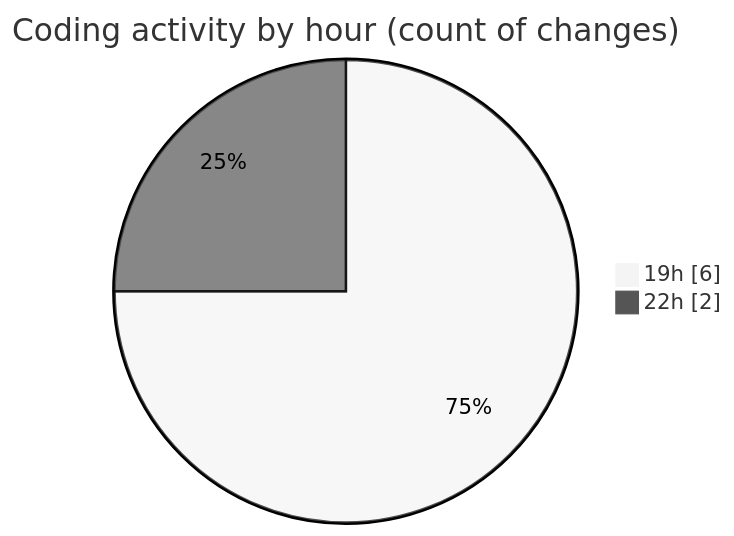
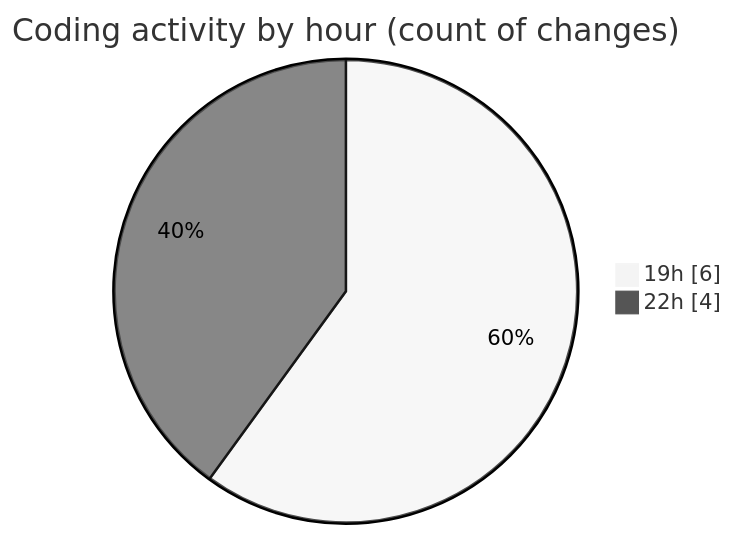
The second of 2 diagrams in 2025-04-18/echo/README.md (Netris89/code-tracking), drawn with Mermaid (neutral theme) before and after one commit. The commit also changed other lines of this file and 1 other file, not shown here.

````diff
--- a/2025-04-18/echo/README.md
+++ b/2025-04-18/echo/README.md
@@ -32,6 +32,6 @@
 ```mermaid
 pie showData
 title Coding activity by hour (count of changes)
 "19h" : 6
-"22h" : 2
+"22h" : 4
 ```
````
